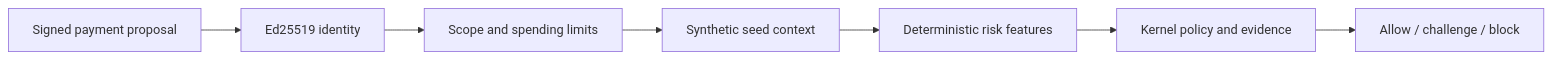
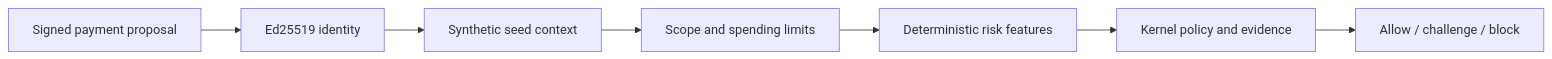
One commit to jesssss812/zeta-one changed the diagram in docs/reference/deterministic-stages.md. Above: the diagram before and after it, drawn with Mermaid. The commit also changed other lines of this file and 6 other files, not shown here.

First line of the commit message:
Bring the reference docs, roadmap and evaluation plan in line with the code and results

````diff
--- a/docs/reference/deterministic-stages.md
+++ b/docs/reference/deterministic-stages.md
@@ -7,9 +7,9 @@
 ```mermaid
 flowchart LR
   Request[Signed payment proposal] --> Identity[Ed25519 identity]
-  Identity --> Authorization[Scope and spending limits]
-  Authorization --> Context[Synthetic seed context]
-  Context --> Risk[Deterministic risk features]
+  Identity --> Context[Synthetic seed context]
+  Context --> Authorization[Scope and spending limits]
+  Authorization --> Risk[Deterministic risk features]
   Risk --> Policy[Kernel policy and evidence]
   Policy --> Result[Allow / challenge / block]
 ```
````
